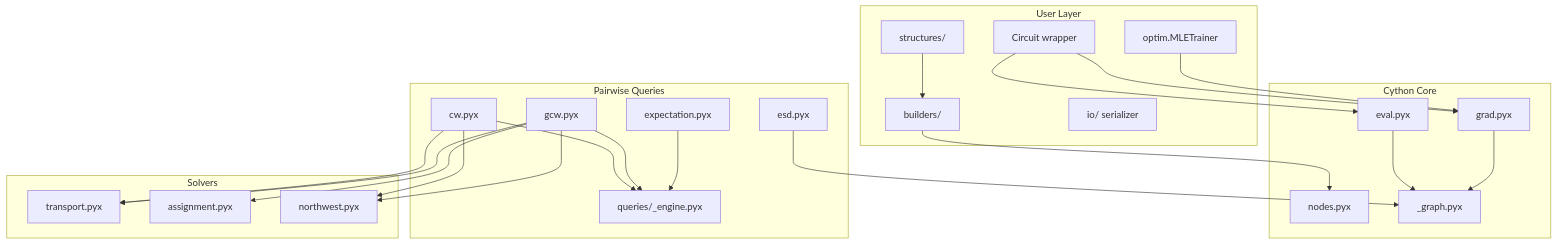
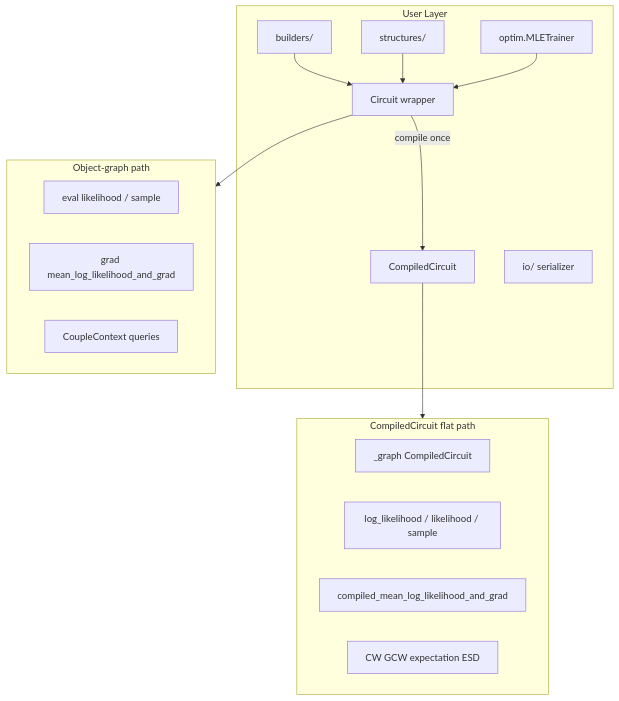
Before and after one commit to aciotinga/SparC: the diagram in docs/handbook/architecture.md, drawn with Mermaid. The commit also changed other lines of this file and 28 other files, not shown here.

````diff
--- a/docs/handbook/architecture.md
+++ b/docs/handbook/architecture.md
@@ -6,48 +6,31 @@
 ```mermaid
 flowchart TB
     subgraph userLayer [User Layer]
         Circuit[Circuit wrapper]
+        Compiled[CompiledCircuit]
         Builders[builders/]
         Structures[structures/]
         Optim[optim.MLETrainer]
         IO[io/ serializer]
     end
 
-    subgraph cythonCore [Cython Core]
-        Nodes[nodes.pyx]
-        Eval[eval.pyx]
-        Grad[grad.pyx]
-        Graph[_graph.pyx]
+    subgraph objectPath [Object-graph path]
+        EvalObj[eval likelihood / sample]
+        GradObj[grad mean_log_likelihood_and_grad]
+        CoupleObj[CoupleContext queries]
     end
 
-    subgraph queries [Pairwise Queries]
-        Engine[queries/_engine.pyx]
-        CW[cw.pyx]
-        GCW[gcw.pyx]
-        Exp[expectation.pyx]
-        ESD[esd.pyx]
+    subgraph flatPath [CompiledCircuit flat path]
+        Graph[_graph CompiledCircuit]
+        EvalFlat[log_likelihood / likelihood / sample]
+        GradFlat[compiled_mean_log_likelihood_and_grad]
+        QueriesFlat[CW GCW expectation ESD]
     end
 
-    subgraph solvers [Solvers]
-        Transport[transport.pyx]
-        Assign[assignment.pyx]
-        NW[northwest.pyx]
-    end
-
-    Builders --> Nodes
-    Structures --> Builders
-    Circuit --> Eval
-    Circuit --> Grad
-    Eval --> Graph
-    Grad --> Graph
-    CW --> Engine
-    GCW --> Engine
-    Exp --> Engine
-    ESD --> Graph
-    CW --> Transport
-    CW --> NW
-    GCW --> Transport
-    GCW --> Assign
-    GCW --> NW
-    Optim --> Grad
+    Builders --> Circuit
+    Structures --> Circuit
+    Circuit --> objectPath
+    Circuit -->|compile once| Compiled
+    Compiled --> flatPath
+    Optim --> Circuit
 ```
````
